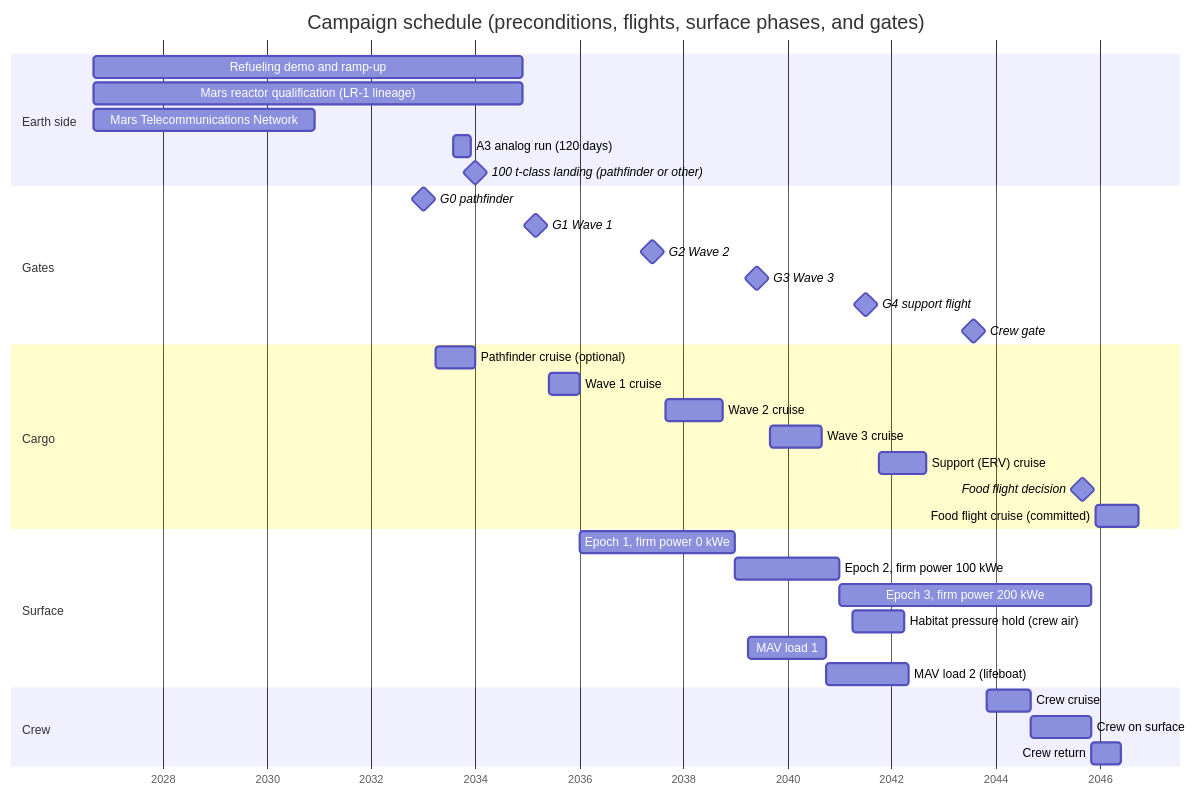
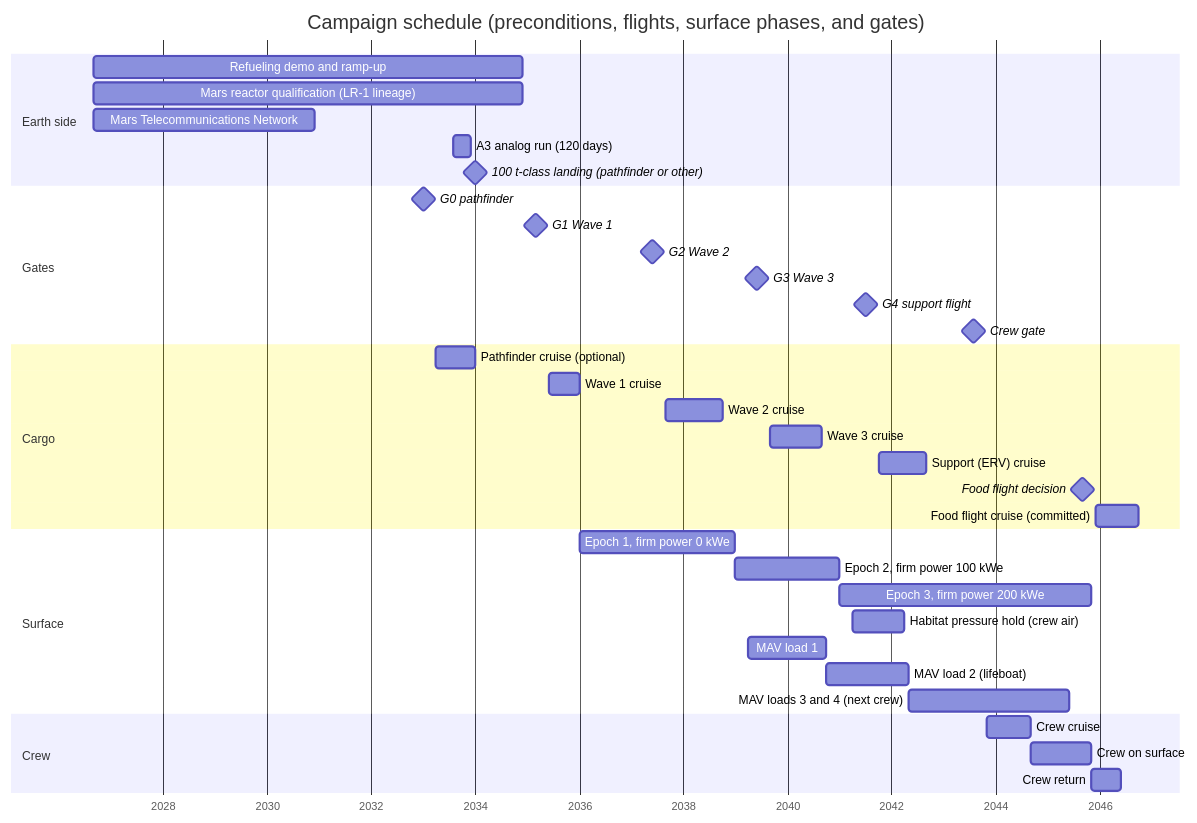
The diagram in 13. Timeline and gates.md (sagol/Fully-Autonomous-Initial-Mars-Colony), drawn with Mermaid before and after one commit. The commit also changed other lines of this file and 12 other files, not shown here.

Commit message:
vacuum-jacketed tanks, capsule on top of the erv, second-failure return and next-crew tank sets, wave 3 rock breaking; state open choices in the book's own voice

````diff
--- a/13. Timeline and gates.md
+++ b/13. Timeline and gates.md
@@ -69,38 +69,39 @@
 ```mermaid
 gantt
     title Campaign schedule (preconditions, flights, surface phases, and gates)
     dateFormat YYYY-MM
     axisFormat %Y
     section Earth side
     Refueling demo and ramp-up        :2026-09, 2034-12
     Mars reactor qualification (LR-1 lineage) :2026-09, 2034-12
     Mars Telecommunications Network   :2026-09, 2030-12
     A3 analog run (120 days)          :2033-08, 2033-12
     100 t-class landing (pathfinder or other) :milestone, 2034-01, 0d
     section Gates
     G0 pathfinder                     :milestone, 2033-01, 0d
     G1 Wave 1                         :milestone, 2035-03, 0d
     G2 Wave 2                         :milestone, 2037-06, 0d
     G3 Wave 3                         :milestone, 2039-06, 0d
     G4 support flight                 :milestone, 2041-07, 0d
     Crew gate                         :milestone, 2043-08, 0d
     section Cargo
     Pathfinder cruise (optional)      :2033-04, 2034-01
     Wave 1 cruise                     :2035-06, 2036-01
     Wave 2 cruise                     :2037-09, 2038-10
     Wave 3 cruise                     :2039-09, 2040-09
     Support (ERV) cruise              :2041-10, 2042-09
     Food flight decision              :milestone, 2045-09, 0d
     Food flight cruise (committed)    :2045-12, 2046-10
     section Surface
     Epoch 1, firm power 0 kWe         :2036-01, 2039-01
     Epoch 2, firm power 100 kWe       :2039-01, 2041-01
     Epoch 3, firm power 200 kWe       :2041-01, 2045-11
     Habitat pressure hold (crew air)  :2041-04, 2042-04
     MAV load 1                        :2039-04, 2040-10
     MAV load 2 (lifeboat)             :2040-10, 2042-05
+    MAV loads 3 and 4 (next crew)     :2042-05, 2045-06
     section Crew
     Crew cruise                       :2043-11, 2044-09
     Crew on surface                   :2044-09, 2045-11
     Crew return                       :2045-11, 2046-06
 ```
````
